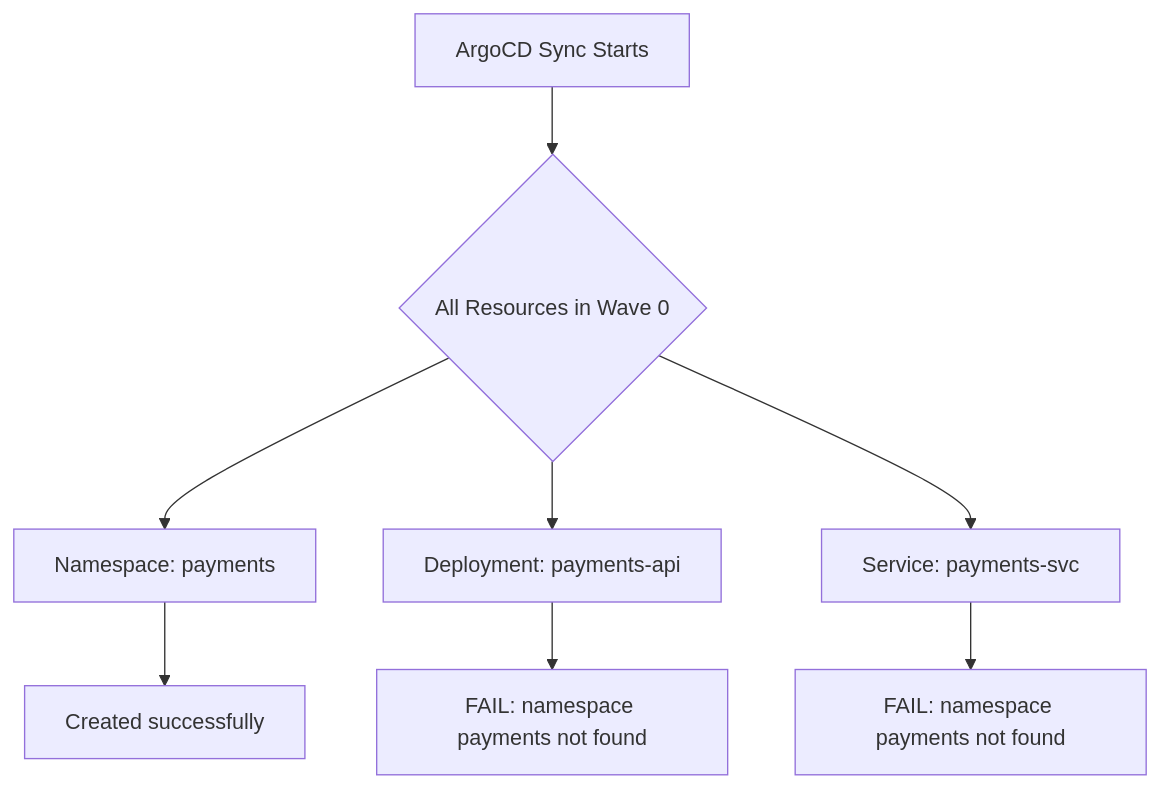
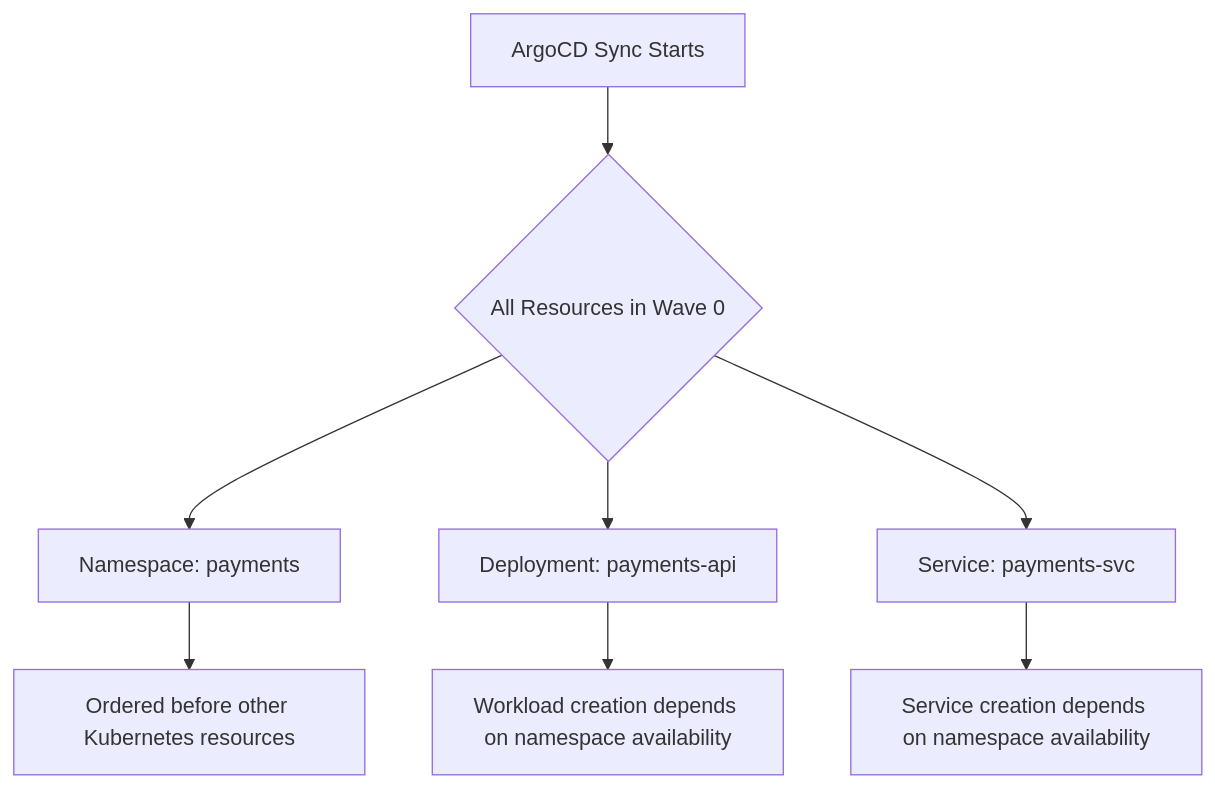
Before and after one commit to OneUptime/blog: the diagram in posts/2026-02-26-argocd-order-namespace-creation-sync-waves/README.md, drawn with Mermaid. The commit also changed other lines of this file and 2 other files, not shown here.

Commit message:
validate: 2026-02-26-argocd-order-namespace-creation-sync-waves

````diff
--- a/posts/2026-02-26-argocd-order-namespace-creation-sync-waves/README.md
+++ b/posts/2026-02-26-argocd-order-namespace-creation-sync-waves/README.md
@@ -19,10 +19,10 @@
 ```mermaid
 flowchart TD
     A[ArgoCD Sync Starts] --> B{All Resources in Wave 0}
     B --> C[Namespace: payments]
     B --> D[Deployment: payments-api]
     B --> E[Service: payments-svc]
-    D --> F[FAIL: namespace payments not found]
-    E --> G[FAIL: namespace payments not found]
-    C --> H[Created successfully]
+    C --> F[Ordered before other Kubernetes resources]
+    D --> G[Workload creation depends on namespace availability]
+    E --> H[Service creation depends on namespace availability]
 ```
````
